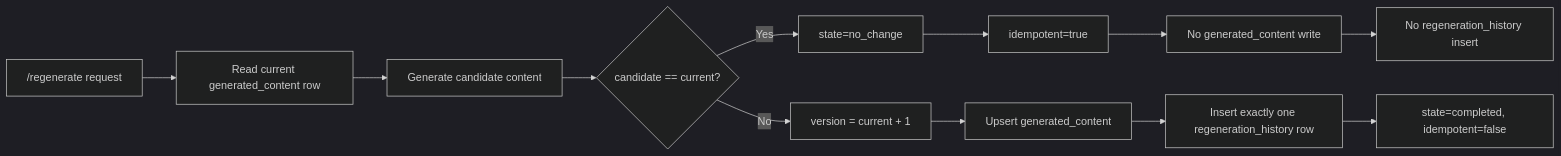
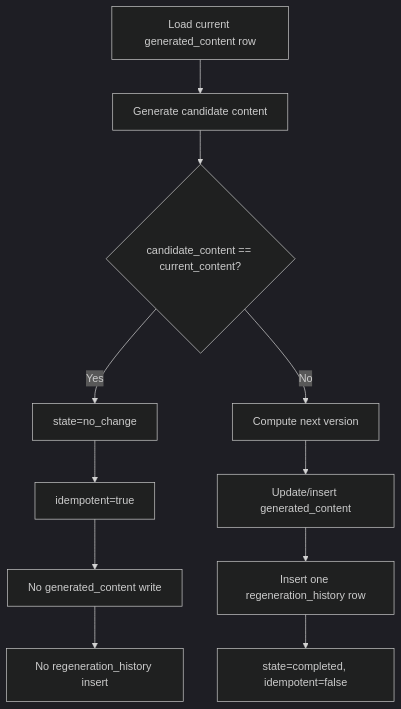
One commit to bobby-andris/Allied-FeedOps changed the fifth of 8 diagrams in docs/architecture/2026-02-26-prompt-source-and-generation-flow.md. Above: the diagram before and after it, drawn with Mermaid (dark theme). The commit also changed other lines of this file and 12 other files, not shown here.

````diff
--- a/docs/architecture/2026-02-26-prompt-source-and-generation-flow.md
+++ b/docs/architecture/2026-02-26-prompt-source-and-generation-flow.md
@@ -59,15 +130,15 @@
 ```mermaid
-flowchart LR
-  A["/regenerate request"] --> B["Read current generated_content row"]
-  B --> C["Generate candidate content"]
-  C --> D{"candidate == current?"}
-  D -->|"Yes"| E["state=no_change"]
-  E --> F["idempotent=true"]
-  F --> G["No generated_content write"]
-  G --> H["No regeneration_history insert"]
+flowchart TD
+  A["Load current generated_content row"] --> B["Generate candidate content"]
+  B --> C{"candidate_content == current_content?"}
 
-  D -->|"No"| I["version = current + 1"]
-  I --> J["Upsert generated_content"]
-  J --> K["Insert exactly one regeneration_history row"]
-  K --> L["state=completed, idempotent=false"]
+  C -->|"Yes"| D["state=no_change"]
+  D --> E["idempotent=true"]
+  E --> F["No generated_content write"]
+  F --> G["No regeneration_history insert"]
+
+  C -->|"No"| H["Compute next version"]
+  H --> I["Update/insert generated_content"]
+  I --> J["Insert one regeneration_history row"]
+  J --> K["state=completed, idempotent=false"]
 ```
````
